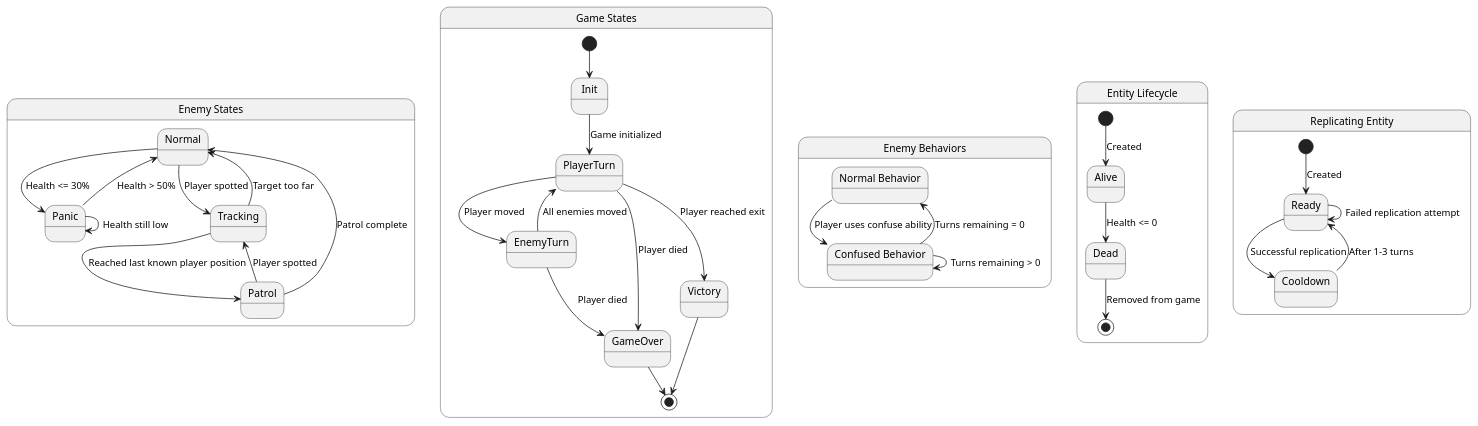
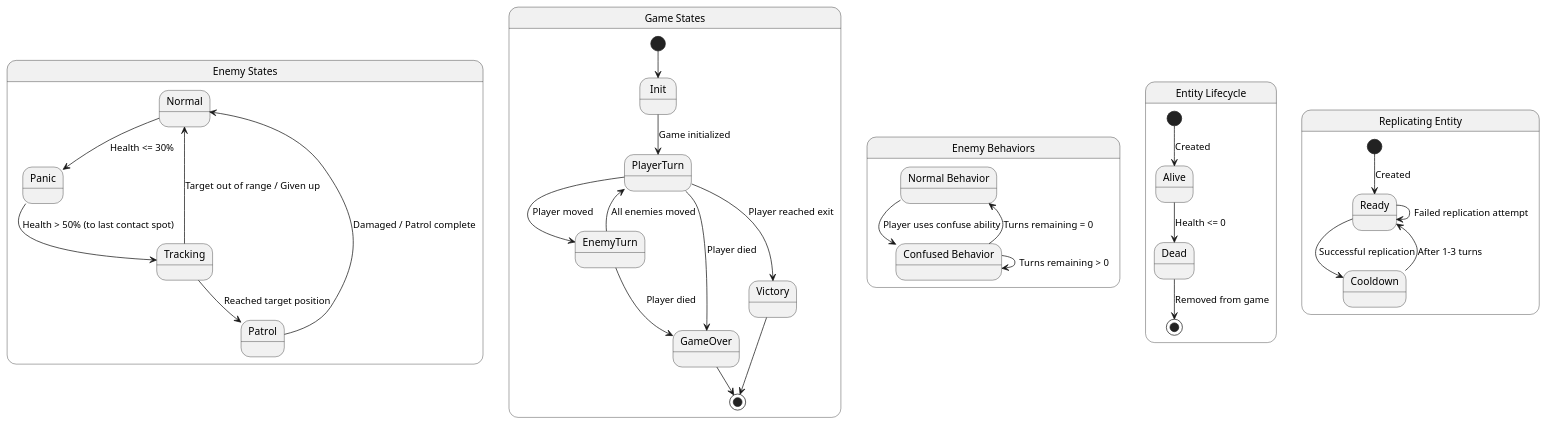
The diagram in docs/diagrams/state-diagram.puml (shuuuurik/MastersOfDungeonFighting), drawn with PlantUML before and after one commit. The commit also changed 5 other files, not shown here.

Commit message:
docs: update UML diagrams and PDF exports

```diff
--- a/docs/diagrams/state-diagram.puml
+++ b/docs/diagrams/state-diagram.puml
@@ -1,70 +1,67 @@
 @startuml State Machine Diagram
 
 ' Enemy State Machine
 state "Enemy States" as EnemyStates {
   state "Normal" as Normal
   state "Panic" as Panic
   state "Tracking" as Tracking
   state "Patrol" as Patrol
   
   Normal --> Panic : Health <= 30%
-  Panic --> Normal : Health > 50%
-  Normal --> Tracking : Player spotted
-  Tracking --> Patrol : Reached last known player position
-  Patrol --> Tracking : Player spotted
-  Patrol --> Normal : Patrol complete
-  Tracking --> Normal : Target too far
-  Panic --> Panic : Health still low
+  Panic --> Tracking : Health > 50% (to last contact spot)
+  Tracking --> Patrol : Reached target position
+  Patrol --> Normal : Damaged / Patrol complete
+  Tracking --> Normal : Target out of range / Given up
 }
 
 ' Game State Machine
 state "Game States" as GameStates {
   state "Init" as Init
   state "PlayerTurn" as PlayerTurn
   state "EnemyTurn" as EnemyTurn
   state "Victory" as Victory
   state "GameOver" as GameOver
   
   [*] --> Init
   Init --> PlayerTurn : Game initialized
   PlayerTurn --> EnemyTurn : Player moved
   EnemyTurn --> PlayerTurn : All enemies moved
   PlayerTurn --> Victory : Player reached exit
   PlayerTurn --> GameOver : Player died
   EnemyTurn --> GameOver : Player died
   Victory --> [*]
   GameOver --> [*]
 }
 
 ' Enemy Behavior States
 state "Enemy Behaviors" as EnemyBehaviors {
   state "Normal Behavior" as NormalBehavior
   state "Confused Behavior" as ConfusedBehavior
   
   NormalBehavior --> ConfusedBehavior : Player uses confuse ability
   ConfusedBehavior --> ConfusedBehavior : Turns remaining > 0
   ConfusedBehavior --> NormalBehavior : Turns remaining = 0
 }
 
 ' Entity Lifecycle States
 state "Entity Lifecycle" as EntityLifecycle {
   state "Alive" as Alive
   state "Dead" as Dead
   
   [*] --> Alive : Created
   Alive --> Dead : Health <= 0
   Dead --> [*] : Removed from game
 }
 
 ' Replicating Entity States
 state "Replicating Entity" as ReplicatingEntity {
   state "Ready" as Ready
   state "Cooldown" as Cooldown
   
   [*] --> Ready : Created
   Ready --> Ready : Failed replication attempt
   Ready --> Cooldown : Successful replication
   Cooldown --> Ready : After 1-3 turns
 }
 
 @enduml
```
